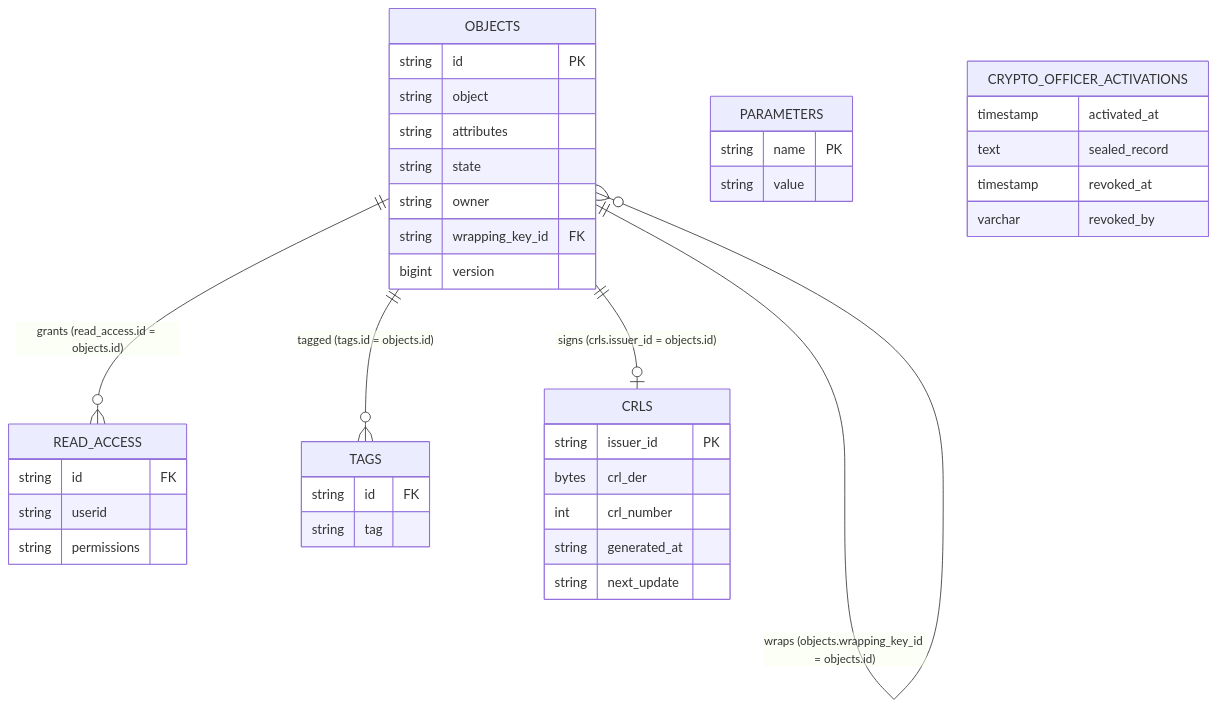
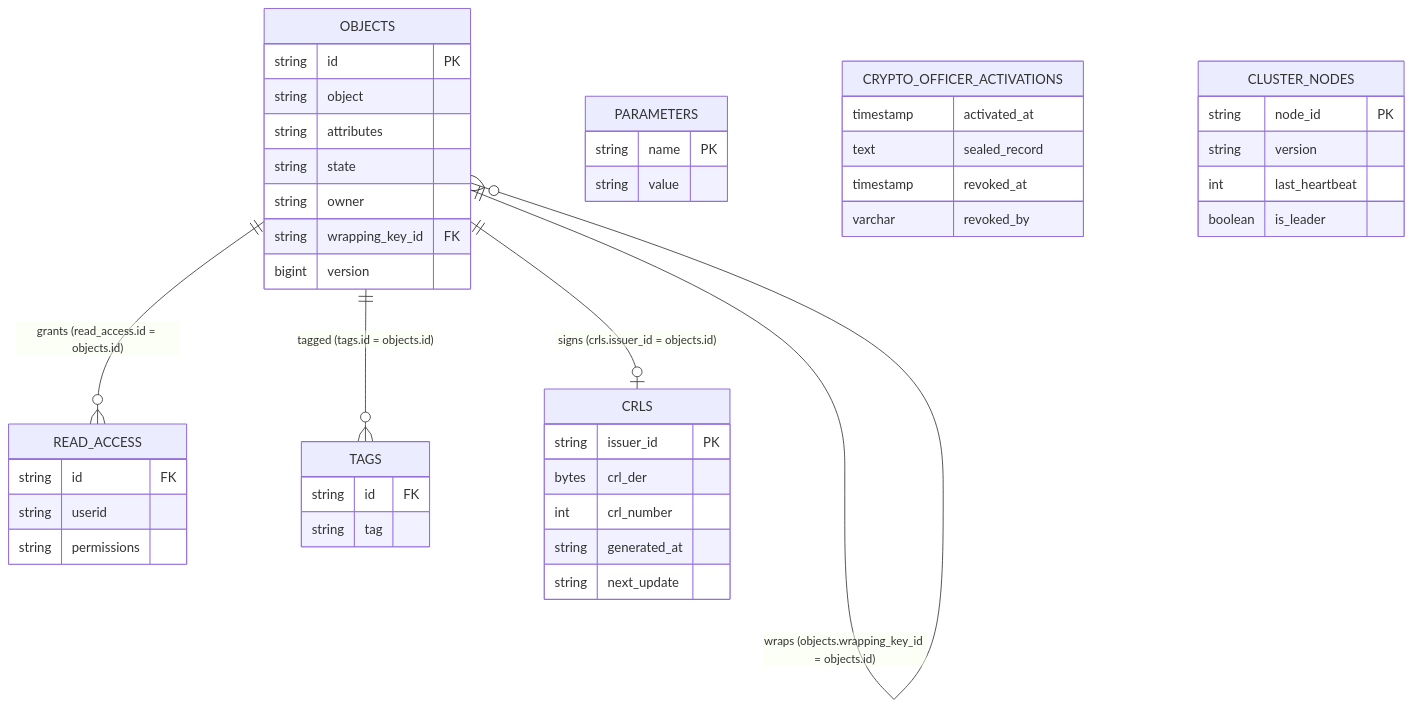
The diagram in documentation/docs/configuration/database/tables.md (Cosmian/kms), drawn with Mermaid before and after one commit. The commit also changed other lines of this file and 21 other files, not shown here.

First line of the commit message:
feat(server): make cron jobs cluster-safe and add node heartbeat (#1366)

````diff
--- a/documentation/docs/configuration/database/tables.md
+++ b/documentation/docs/configuration/database/tables.md
@@ -25,42 +26,48 @@
 ```mermaid
 erDiagram
     OBJECTS ||--o{ READ_ACCESS : "grants (read_access.id = objects.id)"
     OBJECTS ||--o{ TAGS : "tagged (tags.id = objects.id)"
     OBJECTS ||--o{ OBJECTS : "wraps (objects.wrapping_key_id = objects.id)"
     OBJECTS ||--o| CRLS : "signs (crls.issuer_id = objects.id)"
     PARAMETERS {
         string name PK
         string value
     }
     OBJECTS {
         string id PK
         string object
         string attributes
         string state
         string owner
         string wrapping_key_id FK
         bigint version
     }
     READ_ACCESS {
         string id FK
         string userid
         string permissions
     }
     TAGS {
         string id FK
         string tag
     }
     CRLS {
         string issuer_id PK
         bytes  crl_der
         int    crl_number
         string generated_at
         string next_update
     }
     CRYPTO_OFFICER_ACTIVATIONS {
         timestamp activated_at
         text sealed_record
         timestamp revoked_at
         varchar revoked_by
     }
+    CLUSTER_NODES {
+        string node_id PK
+        string version
+        int last_heartbeat
+        boolean is_leader
+    }
 ```
````
